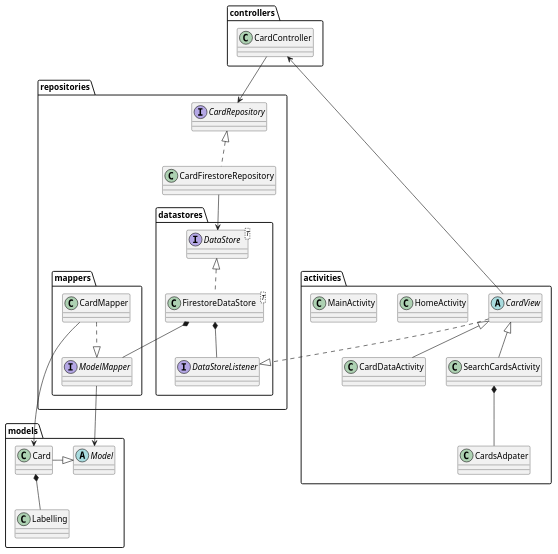
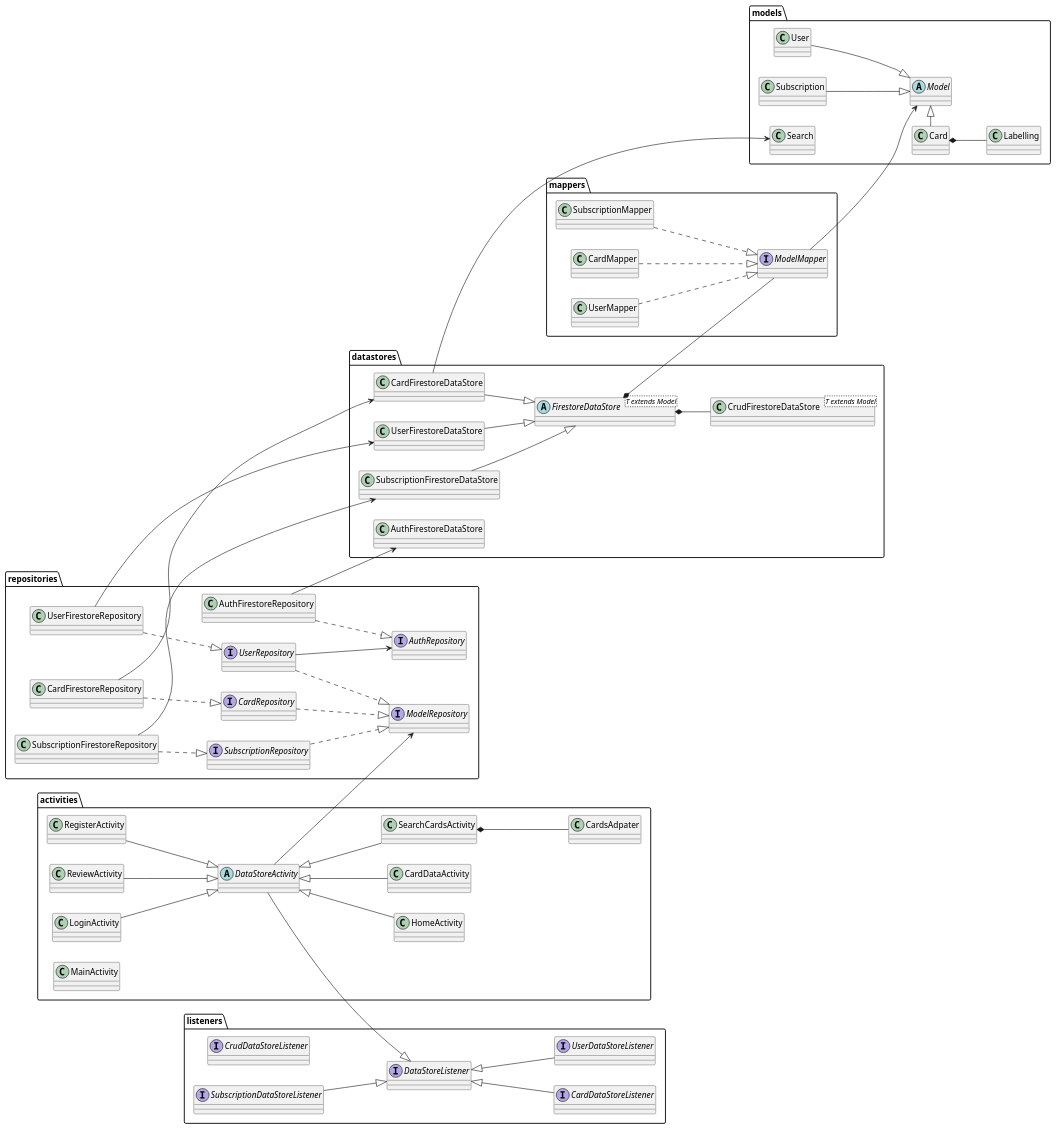
One commit to ferllop/evermind changed the diagram in app/doc/class-design.puml. Above: the diagram before and after it, drawn with PlantUML. The commit also changed 47 other files, not shown here.

Commit message:
Implement feature register and login with email and password

```diff
--- a/app/doc/class-design.puml
+++ b/app/doc/class-design.puml
@@ -1,50 +1,97 @@
 @startuml
-package controllers {
-    class CardController
+left to right direction
+package activities{
+    abstract DataStoreActivity
+    CardDataActivity -up-|> DataStoreActivity
+    SearchCardsActivity -up-|> DataStoreActivity
+    HomeActivity -up-|> DataStoreActivity
+    LoginActivity --|> DataStoreActivity
+    RegisterActivity --|> DataStoreActivity
+    ReviewActivity --|> DataStoreActivity
+    class MainActivity
+    class CardsAdpater
+    SearchCardsActivity *-- CardsAdpater
 }
 
 package models {
+    class User
     class Card
+    class Subscription
     class Labelling
+    class Search
     abstract class Model
     Card -right-|> Model
+    User --|> Model
+    Subscription --|> Model
     Card *-- Labelling
+
 }
-
-package activities{
-    abstract class CardView
-    class CardDataActivity
-    class SearchCardsActivity
-    CardView <|-- CardDataActivity
-    CardView <|-- SearchCardsActivity
-    CardView -up-> CardController
-    class CardsAdpater
-    SearchCardsActivity *-- CardsAdpater
-    class HomeActivity
-    class MainActivity
-}
-
-package repositories{
-    interface CardRepository
-    class CardFirestoreRepository
-    CardController --> CardRepository
-    CardFirestoreRepository .up.|> CardRepository
-    package mappers {
+package datastores {
+            abstract FirestoreDataStore<T extends Model>
+            class CrudFirestoreDataStore<T extends Model>
+            class CardFirestoreDataStore
+            class UserFirestoreDataStore
+            class SubscriptionFirestoreDataStore
+            class AuthFirestoreDataStore
+            CardFirestoreDataStore --|> FirestoreDataStore
+            UserFirestoreDataStore --|> FirestoreDataStore
+            SubscriptionFirestoreDataStore --|> FirestoreDataStore
+            FirestoreDataStore *-- CrudFirestoreDataStore
+        }
+  package mappers {
         interface ModelMapper
         ModelMapper --> Model
         CardMapper ..|> ModelMapper
-        CardMapper --> Card
-    }
-    package datastores {
-        interface DataStoreListener
-        interface DataStore<T>
-        CardView ..|> DataStoreListener
-        class FirestoreDataStore<T>
-        CardFirestoreRepository --> DataStore
-        FirestoreDataStore .up.|> DataStore
-        FirestoreDataStore *-- DataStoreListener
+        UserMapper ..|> ModelMapper
+        SubscriptionMapper ..|> ModelMapper
         FirestoreDataStore *-- ModelMapper
     }
+
+package repositories{
+    interface ModelRepository
+    interface CardRepository
+    interface UserRepository
+    interface SubscriptionRepository
+    interface AuthRepository
+    class CardFirestoreRepository
+    class UserFirestoreRepository
+    class SubscriptionFirestoreRepository
+    class AuthFirestoreRepository
+    CardRepository ..|> ModelRepository
+    UserRepository ..|> ModelRepository
+    SubscriptionRepository ..|> ModelRepository
+    CardFirestoreRepository ..|> CardRepository
+    UserFirestoreRepository ..|> UserRepository
+    SubscriptionFirestoreRepository ..|> SubscriptionRepository
+    AuthFirestoreRepository ..|> AuthRepository
+
+
+
+
+    CardFirestoreRepository -down-> CardFirestoreDataStore
+    UserFirestoreRepository -down-> UserFirestoreDataStore
+    SubscriptionFirestoreRepository -down-> SubscriptionFirestoreDataStore
+    AuthFirestoreRepository -down-> AuthFirestoreDataStore
+    CardFirestoreDataStore --> Search
+
+
+
+
+
 }
+package listeners {
+        interface DataStoreListener
+        interface CrudDataStoreListener
+        interface CardDataStoreListener
+        interface UserDataStoreListener
+        interface SubscriptionDataStoreListener
+        CardDataStoreListener -u-|> DataStoreListener
+        SubscriptionDataStoreListener --|> DataStoreListener
+        UserDataStoreListener -up-|> DataStoreListener
+
+    }
+    DataStoreActivity -down-> ModelRepository
+    DataStoreActivity --|> DataStoreListener
+    UserRepository --> AuthRepository
 
 @enduml
```
